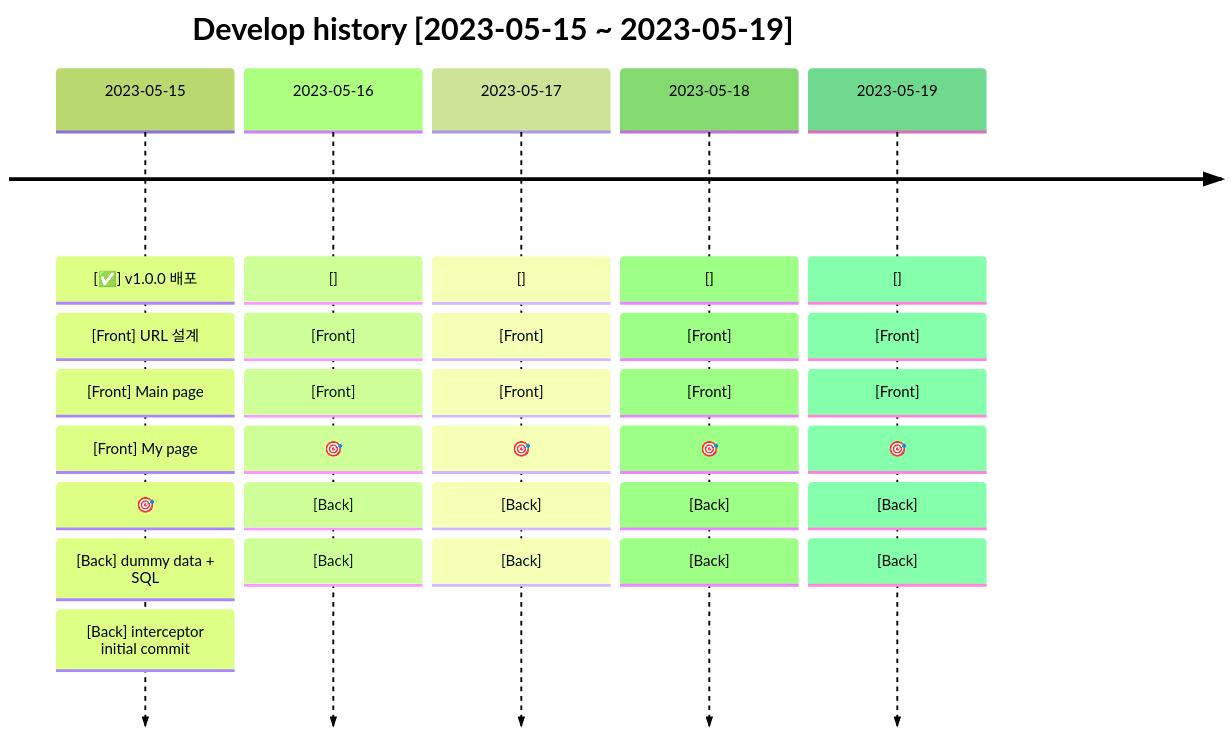
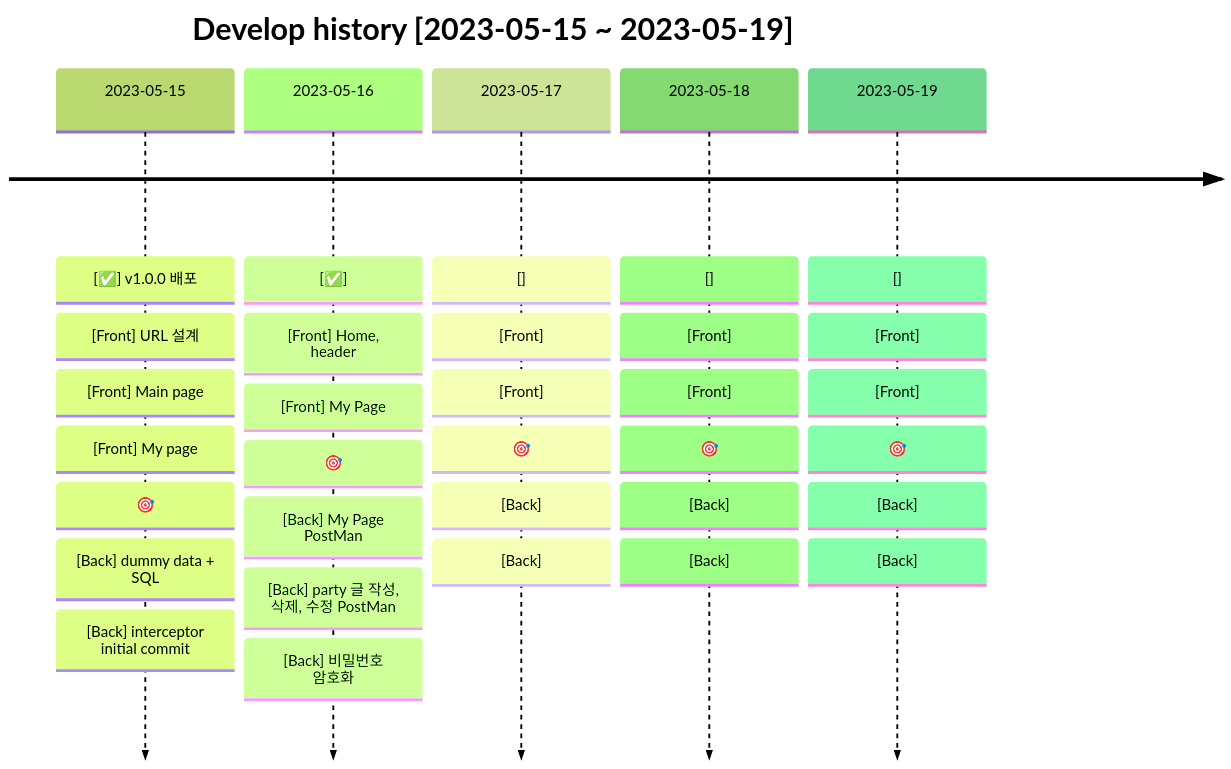
One commit to Choongang-Third-Project/jeju-campking changed the first of 10 diagrams in docs/README.md. Above: the diagram before and after it, drawn with Mermaid (forest theme). The commit also changed other lines of this file, not shown here.

Commit message:
:memo:  일정 추가 , ERM 수정

````diff
--- a/docs/README.md
+++ b/docs/README.md
@@ -66,35 +66,36 @@
 ```mermaid
 timeline
     title Develop history [2023-05-15 ~ 2023-05-19]
     2023-05-15: [✅] v1.0.0 배포
             : [Front] URL 설계
             : [Front] Main page
             : [Front] My page
             : 🎯
             : [Back] dummy data + SQL
             : [Back] interceptor initial commit
-    2023-05-16: []
-            : [Front]
-            : [Front]
+    2023-05-16: [✅]
+            : [Front] Home, header
+            : [Front] My Page
             : 🎯
-            : [Back]
-            : [Back]
+            : [Back] My Page PostMan
+            : [Back] party 글 작성, 삭제, 수정 PostMan
+            : [Back] 비밀번호 암호화
     2023-05-17: []
             : [Front]
             : [Front]
             : 🎯
             : [Back]
             : [Back]
     2023-05-18: []
             : [Front]
             : [Front]
             : 🎯
             : [Back]
             : [Back]
     2023-05-19: []
             : [Front]
             : [Front]
             : 🎯
             : [Back]
             : [Back] 
 ```
````
